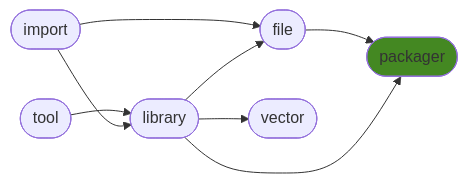
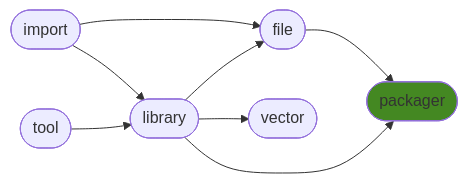
One commit to ManderaGeneral/generalpackager changed the diagram in README.md. Above: the diagram before and after it, drawn with Mermaid. The commit also changed other lines of this file, not shown here.

````diff
--- a/README.md
+++ b/README.md
@@ -24,17 +24,17 @@
 ```mermaid
 flowchart LR
+0([import]) --> 2([library])
+0([import]) --> 3([file])
 1([tool]) --> 2([library])
+2([library]) --> 3([file])
+3([file]) --> 5([packager])
 2([library]) --> 4([vector])
-3([file]) --> 5([packager])
-0([import]) --> 3([file])
-0([import]) --> 2([library])
 2([library]) --> 5([packager])
-2([library]) --> 3([file])
 click 0 "https://github.com/ManderaGeneral/generalimport"
 click 1 "https://github.com/ManderaGeneral/generaltool"
 click 2 "https://github.com/ManderaGeneral/generallibrary"
 click 3 "https://github.com/ManderaGeneral/generalfile"
 click 4 "https://github.com/ManderaGeneral/generalvector"
 click 5 "https://github.com/ManderaGeneral/generalpackager"
 style 5 fill:#482
 ```
````
